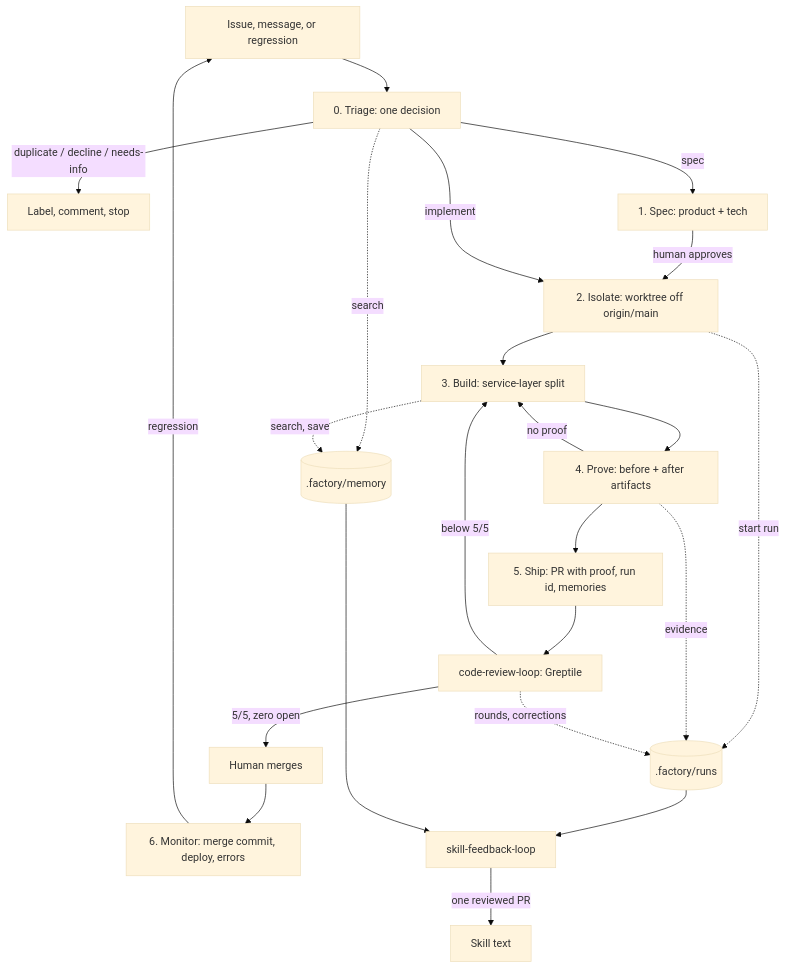
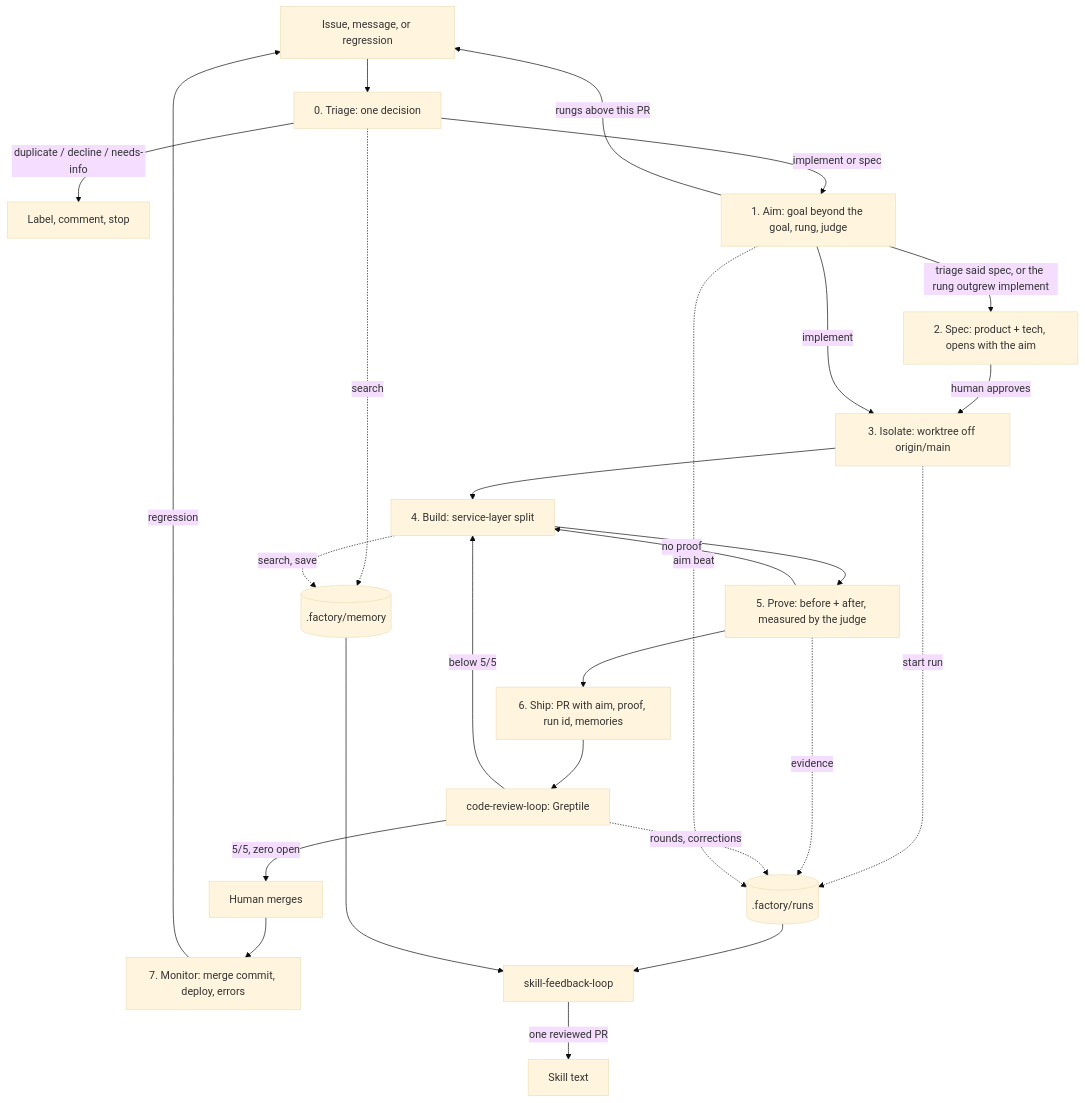
The first of 8 diagrams in docs/how-it-works.md (aditya-deokar/software-factory), drawn with Mermaid (base theme) before and after one commit. The commit also changed other lines of this file and 59 other files, not shown here.

First line of the commit message:
feat: ambition-engine skill, Aim beat, and an AGENTS.md block that upgrades itself

````diff
--- a/docs/how-it-works.md
+++ b/docs/how-it-works.md
@@ -68,26 +69,29 @@
 ```mermaid
 flowchart TD
     IN[Issue, message, or regression] --> TR[0. Triage: one decision]
     TR -->|duplicate / decline / needs-info| CLOSE[Label, comment, stop]
-    TR -->|spec| SP[1. Spec: product + tech]
+    TR -->|implement or spec| AIM[1. Aim: goal beyond the goal, rung, judge]
+    AIM -->|rungs above this PR| IN
+    AIM -->|triage said spec, or the rung outgrew implement| SP[2. Spec: product + tech, opens with the aim]
     SP -->|human approves| ISO
-    TR -->|implement| ISO[2. Isolate: worktree off origin/main]
-    ISO --> BUILD[3. Build: service-layer split]
-    BUILD --> PROVE[4. Prove: before + after artifacts]
+    AIM -->|implement| ISO[3. Isolate: worktree off origin/main]
+    ISO --> BUILD[4. Build: service-layer split]
+    BUILD --> PROVE[5. Prove: before + after, measured by the judge]
     PROVE -->|no proof| BUILD
-    PROVE --> PR[5. Ship: PR with proof, run id, memories]
+    PROVE --> PR[6. Ship: PR with aim, proof, run id, memories]
     PR --> REV[code-review-loop: Greptile]
     REV -->|below 5/5| BUILD
     REV -->|5/5, zero open| MERGE[Human merges]
-    MERGE --> MON[6. Monitor: merge commit, deploy, errors]
+    MERGE --> MON[7. Monitor: merge commit, deploy, errors]
     MON -->|regression| IN
 
     ISO -. start run .-> L[(.factory/runs)]
     PROVE -. evidence .-> L
     REV -. rounds, corrections .-> L
     TR -. search .-> M[(.factory/memory)]
+    AIM -. aim beat .-> L
     BUILD -. search, save .-> M
     L --> LOOP[skill-feedback-loop]
     M --> LOOP
     LOOP -->|one reviewed PR| SKILLS[Skill text]
 ```
````
